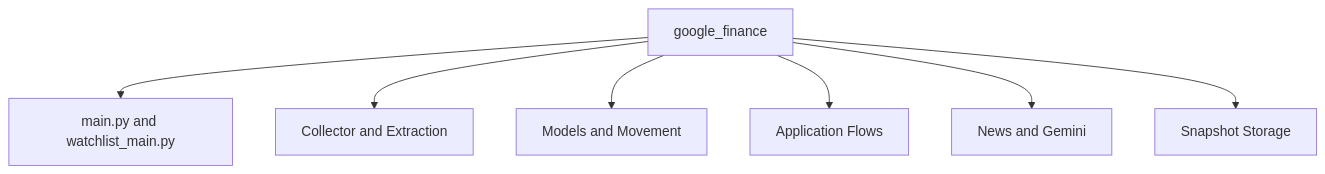
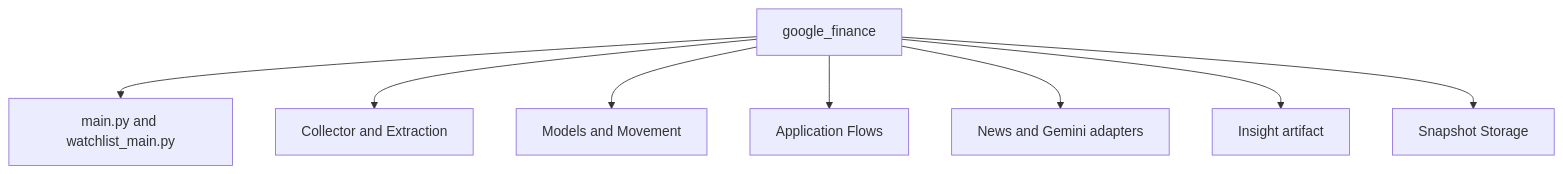
One commit to jhkr1/automation-hub changed the first of 3 diagrams in docs/packages/google_finance/architecture.md. Above: the diagram before and after it, drawn with Mermaid. The commit also changed other lines of this file and 26 other files, not shown here.

Commit message:
docs: expand project learning and architecture guides

````diff
--- a/docs/packages/google_finance/architecture.md
+++ b/docs/packages/google_finance/architecture.md
@@ -28,9 +29,10 @@
 ```mermaid
 flowchart TD
     Package[google_finance] --> Entrypoints[main.py and watchlist_main.py]
     Package --> Collection[Collector and Extraction]
     Package --> Domain[Models and Movement]
     Package --> Application[Application Flows]
-    Package --> Providers[News and Gemini]
+    Package --> Providers[News and Gemini adapters]
+    Package --> Artifact[Insight artifact]
     Package --> Persistence[Snapshot Storage]
 ```
````
